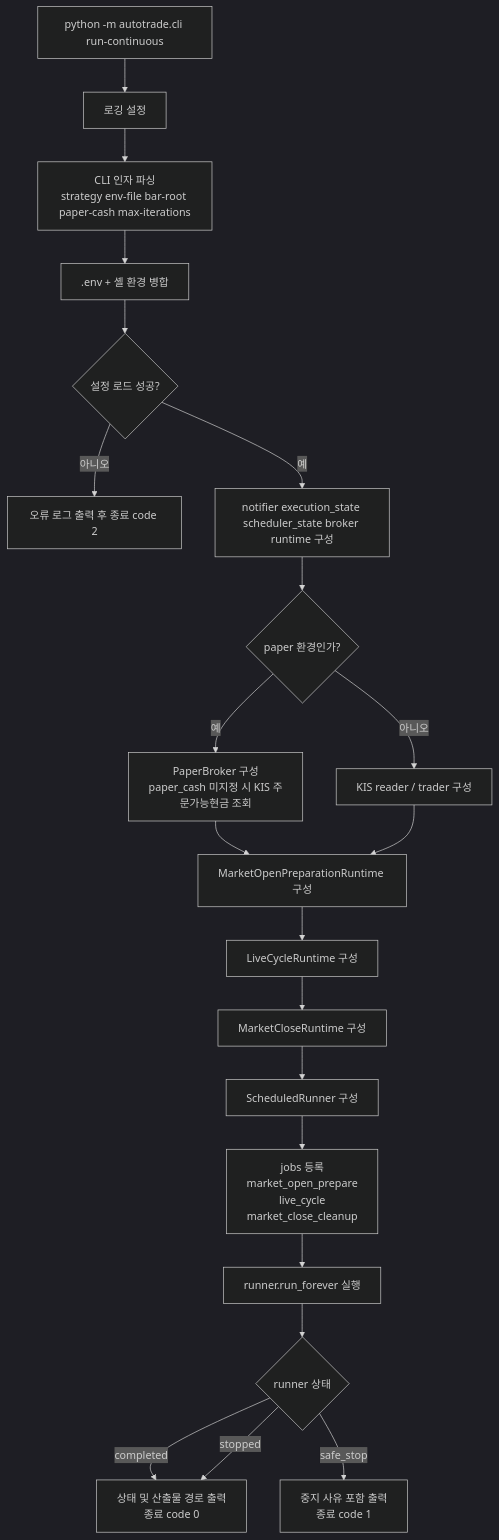
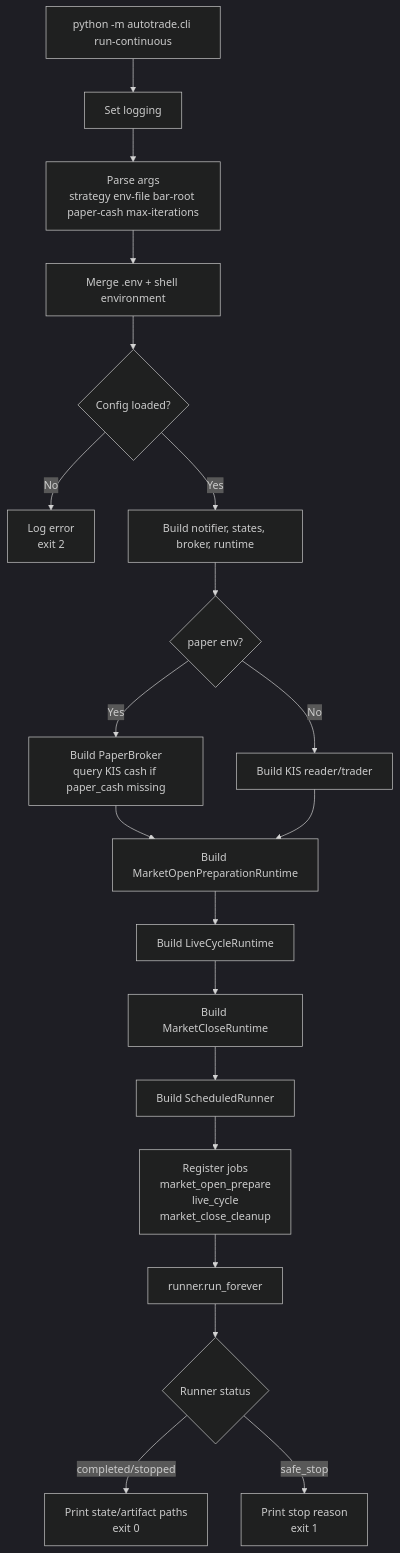
The first of 7 diagrams in docs/cli_run_continuous_flow.md (MQ813/AutoTrade), drawn with Mermaid (dark theme) before and after one commit. The commit also changed other lines of this file and 17 other files, not shown here.

````diff
--- a/docs/cli_run_continuous_flow.md
+++ b/docs/cli_run_continuous_flow.md
@@ -7,23 +7,22 @@
 ```mermaid
 flowchart TD
-    A[python -m autotrade.cli run-continuous] --> B[로깅 설정]
-    B --> C[CLI 인자 파싱<br/>strategy env-file bar-root paper-cash max-iterations]
-    C --> D[.env + 셸 환경 병합]
-    D --> E{설정 로드 성공?}
-    E -->|아니오| E1[오류 로그 출력 후 종료 code 2]
-    E -->|예| F[notifier execution_state scheduler_state broker runtime 구성]
-    F --> G{paper 환경인가?}
-    G -->|예| H[PaperBroker 구성<br/>paper_cash 미지정 시 KIS 주문가능현금 조회]
-    G -->|아니오| I[KIS reader / trader 구성]
-    H --> J[MarketOpenPreparationRuntime 구성]
+    A[python -m autotrade.cli run-continuous] --> B[Set logging]
+    B --> C[Parse args<br/>strategy env-file bar-root paper-cash max-iterations]
+    C --> D[Merge .env + shell environment]
+    D --> E{Config loaded?}
+    E -->|No| E1[Log error<br/>exit 2]
+    E -->|Yes| F[Build notifier, states, broker, runtime]
+    F --> G{paper env?}
+    G -->|Yes| H[Build PaperBroker<br/>query KIS cash if paper_cash missing]
+    G -->|No| I[Build KIS reader/trader]
+    H --> J[Build MarketOpenPreparationRuntime]
     I --> J
-    J --> K[LiveCycleRuntime 구성]
-    K --> L[MarketCloseRuntime 구성]
-    L --> M[ScheduledRunner 구성]
-    M --> N[jobs 등록<br/>market_open_prepare<br/>live_cycle<br/>market_close_cleanup]
-    N --> O[runner.run_forever 실행]
-    O --> P{runner 상태}
-    P -->|completed| Q[상태 및 산출물 경로 출력<br/>종료 code 0]
-    P -->|stopped| Q
-    P -->|safe_stop| R[중지 사유 포함 출력<br/>종료 code 1]
+    J --> K[Build LiveCycleRuntime]
+    K --> L[Build MarketCloseRuntime]
+    L --> M[Build ScheduledRunner]
+    M --> N[Register jobs<br/>market_open_prepare<br/>live_cycle<br/>market_close_cleanup]
+    N --> O[runner.run_forever]
+    O --> P{Runner status}
+    P -->|completed/stopped| Q[Print state/artifact paths<br/>exit 0]
+    P -->|safe_stop| R[Print stop reason<br/>exit 1]
 ```
````
